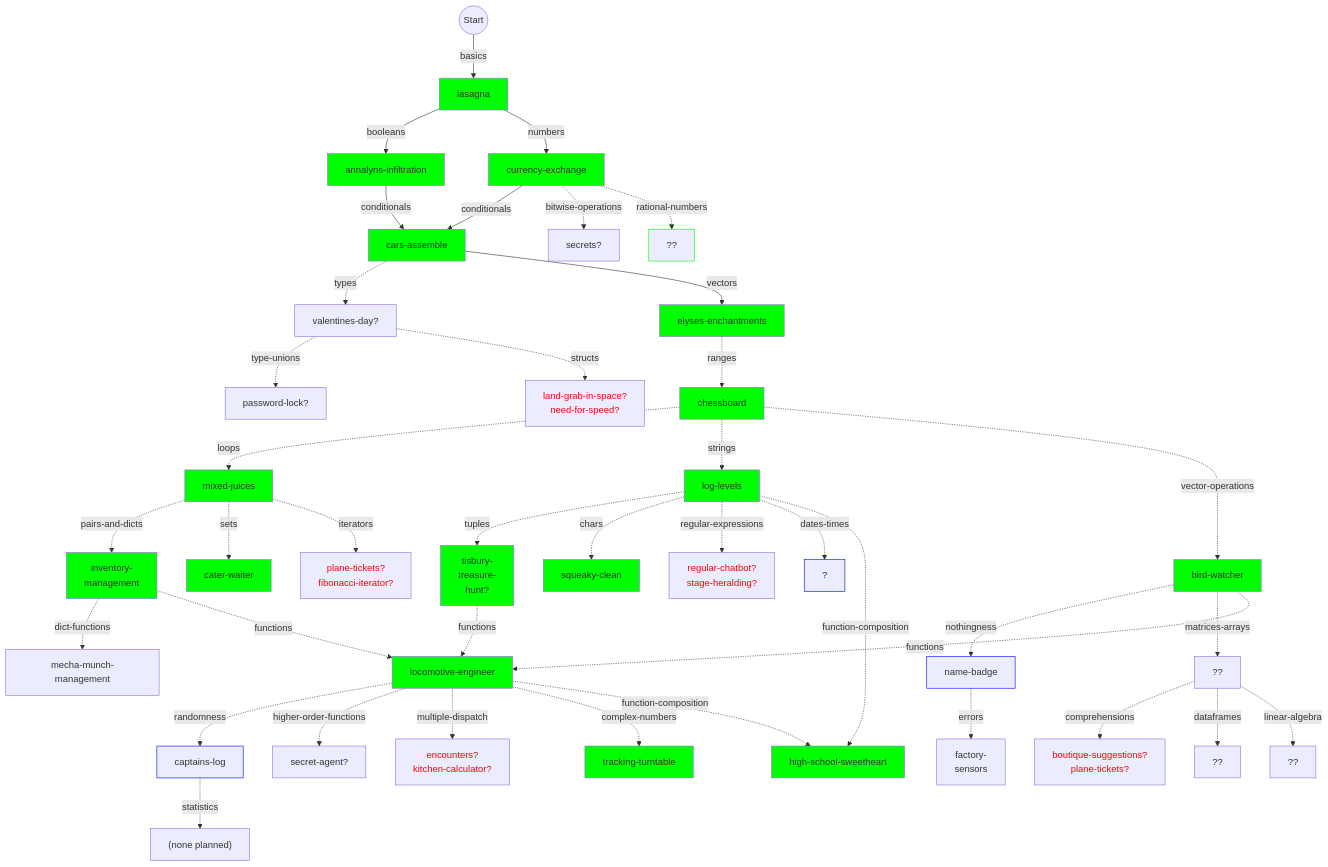
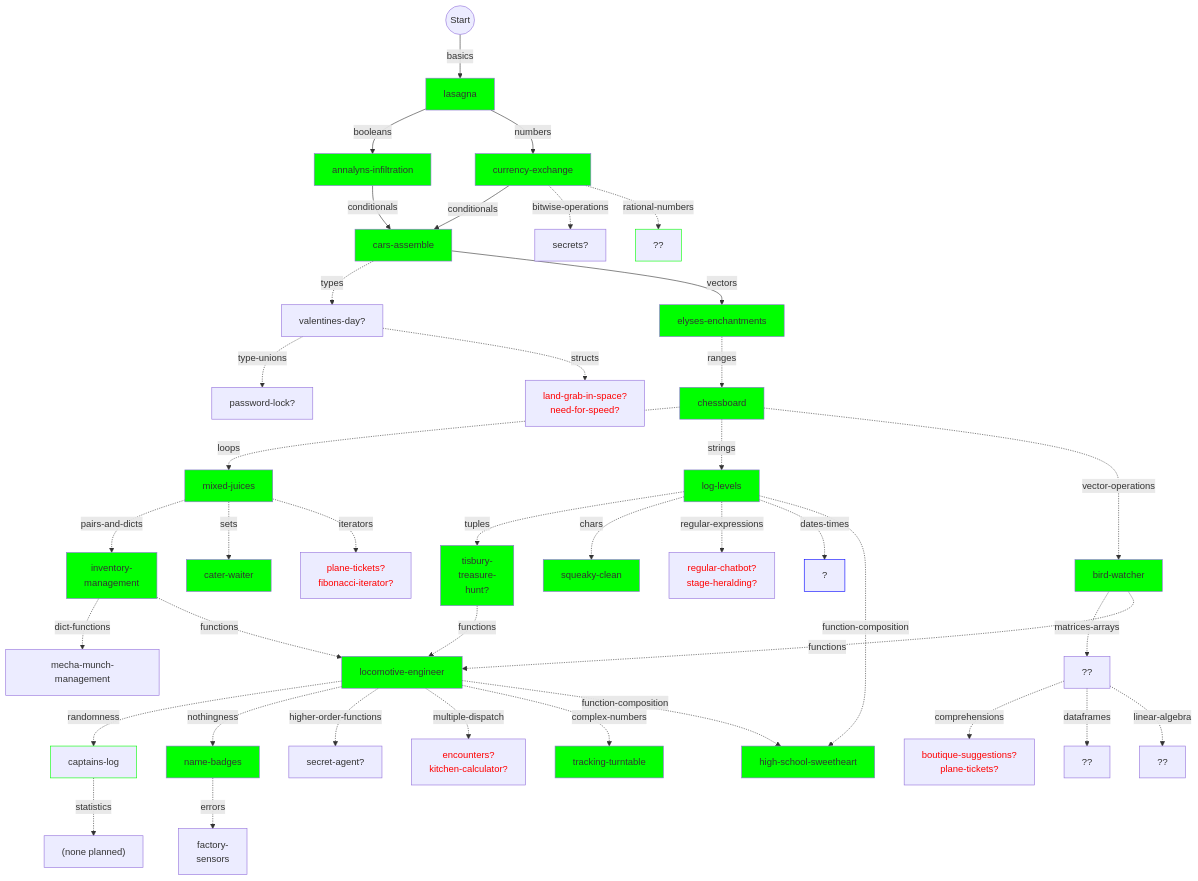
One commit to colinleach/learning-track-doodles changed the diagram in julia/flowchart.md. Above: the diagram before and after it, drawn with Mermaid.

Commit message:
formatting

```diff
--- a/julia/flowchart.md
+++ b/julia/flowchart.md
@@ -54,7 +54,7 @@
 style comprehensions color:#f00
 
 functions -.randomness.-> randomness["captains-log"]
-style randomness stroke:#00f
+style randomness stroke:#0f0
 
 randomness -.statistics.-> statistics["(none planned)"]
 %% style statistics stroke:#0f0
@@ -68,8 +68,8 @@
 loops -.sets.-> sets["cater-waiter"]
 style sets fill:#0f0
 
-vector-operations -.nothingness.-> nothingness["name-badge"]
-style nothingness stroke:#00f
+functions -.nothingness.-> nothingness["name-badges"]
+style nothingness fill:#0f0
 
 strings -.chars.-> chars["squeaky-clean"]
 style chars fill:#0f0
@@ -80,14 +80,8 @@
 strings -.regular-expressions.-> regular-expressions["regular-chatbot?<br/>stage-heralding?"]
 style regular-expressions color:#f00
 
-%% strings -.docstrings.-> docstrings["name-badges"]
-%% style docstrings stroke:#0f0
-
 strings -.dates-times.-> dates-times["?"]
 style dates-times stroke:#00f
-
-%% strings -.nothingness.-> nothingness["name-badges"]
-%% style nothingness stroke:#00f
 
 numbers -.bitwise-operations.-> bitwise-operations["secrets?"]
 %% style bitwise-operations fill:#0f0
```
